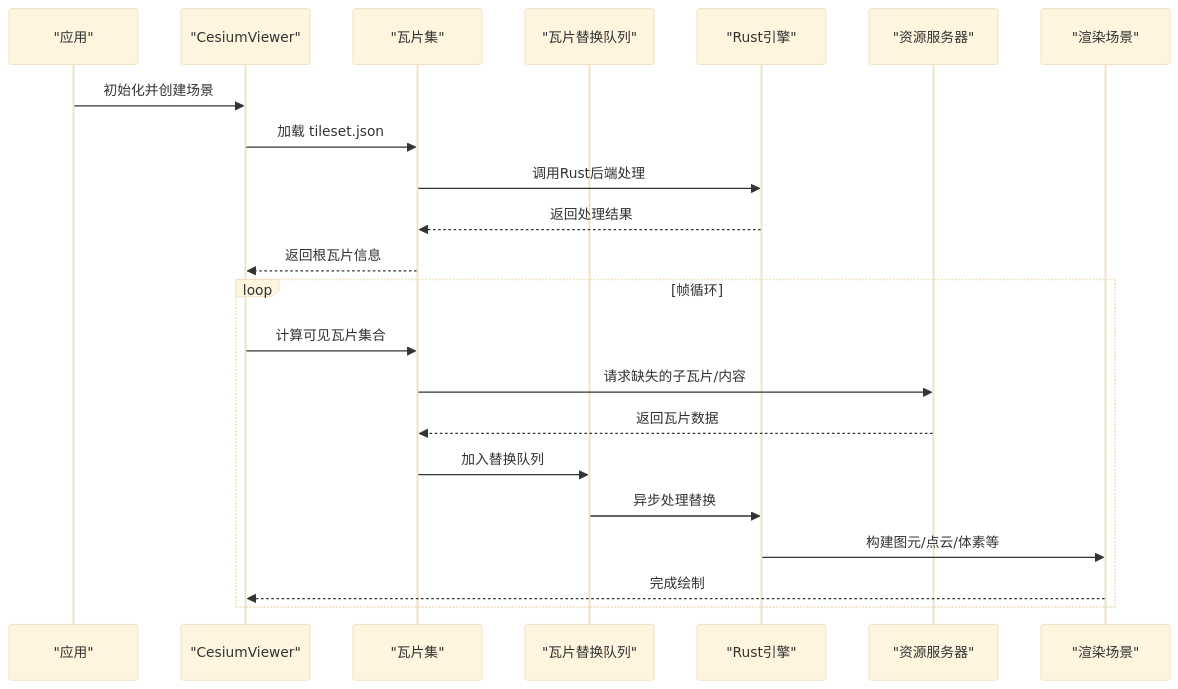
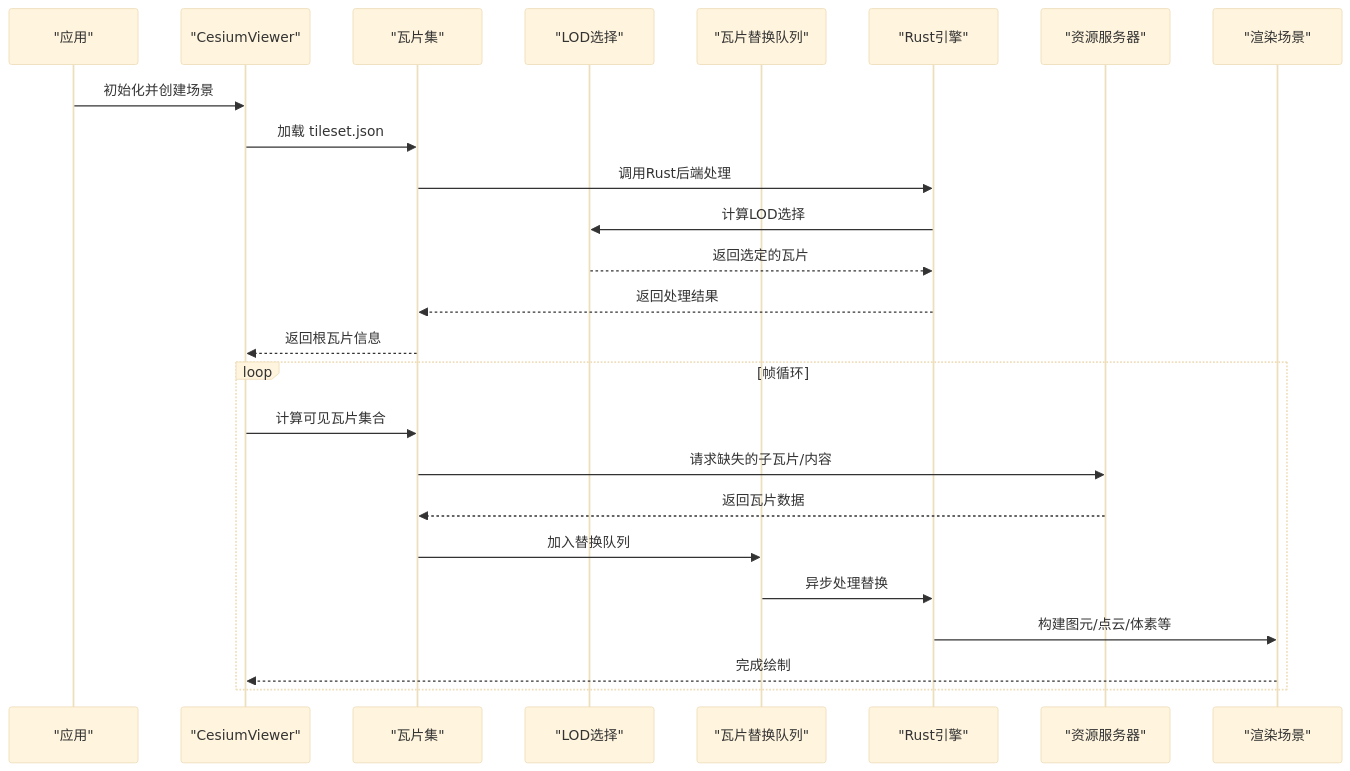
The second of 11 diagrams in .qoder/repowiki/zh/content/项目概述/核心特性/3D数据格式支持/3D Tiles标准支持/瓦片集管理.md (rzhangjing/cesium), drawn with Mermaid (base theme) before and after one commit. The commit also changed other lines of this file and 407 other files, not shown here.

````diff
--- a/.qoder/repowiki/zh/content/项目概述/核心特性/3D数据格式支持/3D Tiles标准支持/瓦片集管理.md
+++ b/.qoder/repowiki/zh/content/项目概述/核心特性/3D数据格式支持/3D Tiles标准支持/瓦片集管理.md
@@ -114,24 +130,27 @@
 ```mermaid
 sequenceDiagram
 participant App as "应用"
 participant Viewer as "CesiumViewer"
 participant Tileset as "瓦片集"
+participant LOD as "LOD选择"
 participant ReplacementQueue as "瓦片替换队列"
 participant RustEngine as "Rust引擎"
 participant Server as "资源服务器"
 participant Scene as "渲染场景"
 App->>Viewer : 初始化并创建场景
 Viewer->>Tileset : 加载 tileset.json
 Tileset->>RustEngine : 调用Rust后端处理
+RustEngine->>LOD : 计算LOD选择
+LOD-->>RustEngine : 返回选定的瓦片
 RustEngine-->>Tileset : 返回处理结果
 Tileset-->>Viewer : 返回根瓦片信息
 loop 帧循环
 Viewer->>Tileset : 计算可见瓦片集合
 Tileset->>Server : 请求缺失的子瓦片/内容
 Server-->>Tileset : 返回瓦片数据
 Tileset->>ReplacementQueue : 加入替换队列
 ReplacementQueue->>RustEngine : 异步处理替换
 RustEngine->>Scene : 构建图元/点云/体素等
 Scene-->>Viewer : 完成绘制
 end
 ```
````
